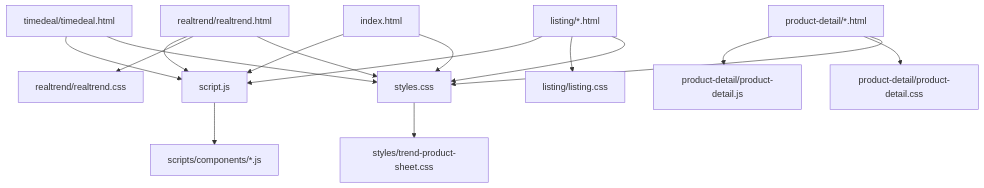
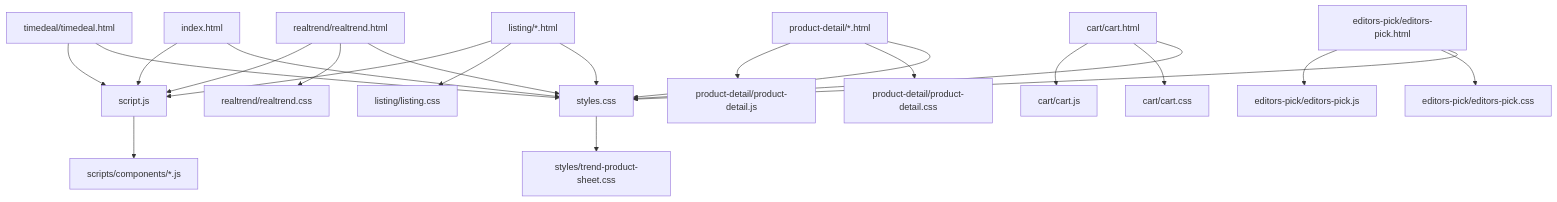
One commit to 9yu5i/bridgeon-home changed the diagram in .agents/architecture.md. Above: the diagram before and after it, drawn with Mermaid. The commit also changed other lines of this file and 32 other files, not shown here.

````diff
--- a/.agents/architecture.md
+++ b/.agents/architecture.md
@@ -5,18 +5,24 @@
 ```mermaid
 flowchart TD
   A["index.html"] --> S["styles.css"]
   A --> JS["script.js"]
   L["listing/*.html"] --> S
   L --> LC["listing/listing.css"]
   L --> JS
   PD["product-detail/*.html"] --> S
   PD --> PDC["product-detail/product-detail.css"]
   PD --> PDJ["product-detail/product-detail.js"]
+  C["cart/cart.html"] --> S
+  C --> CC["cart/cart.css"]
+  C --> CJ["cart/cart.js"]
+  E["editors-pick/editors-pick.html"] --> S
+  E --> EC["editors-pick/editors-pick.css"]
+  E --> EJ["editors-pick/editors-pick.js"]
   TD["timedeal/timedeal.html"] --> S
   TD --> JS
   RT["realtrend/realtrend.html"] --> S
   RT --> RTC["realtrend/realtrend.css"]
   RT --> JS
   S --> TPS["styles/trend-product-sheet.css"]
   JS --> COMP["scripts/components/*.js"]
 ```
````
